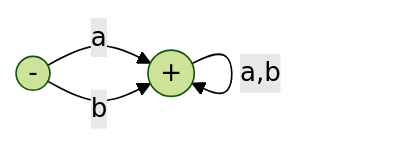
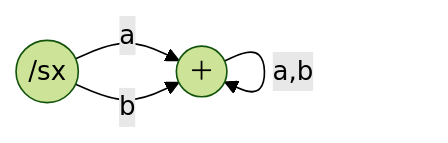
One commit to ufidon/ct changed the second of 19 diagrams in review/mid/README.md. Above: the diagram before and after it, drawn with Mermaid (forest theme). The commit also changed other lines of this file, not shown here.

Commit message:
fixed mermaid

````diff
--- a/review/mid/README.md
+++ b/review/mid/README.md
@@ -122,8 +122,8 @@
 ```mermaid
 flowchart LR
-  p1(("-"))
-  p2(("+"))
+  p1(("/sx"))
+  p2(("＋"))
   p1-->|a|p2
   p1-->|b|p2
   p2-->|"a,b"|p2
 ```
````
